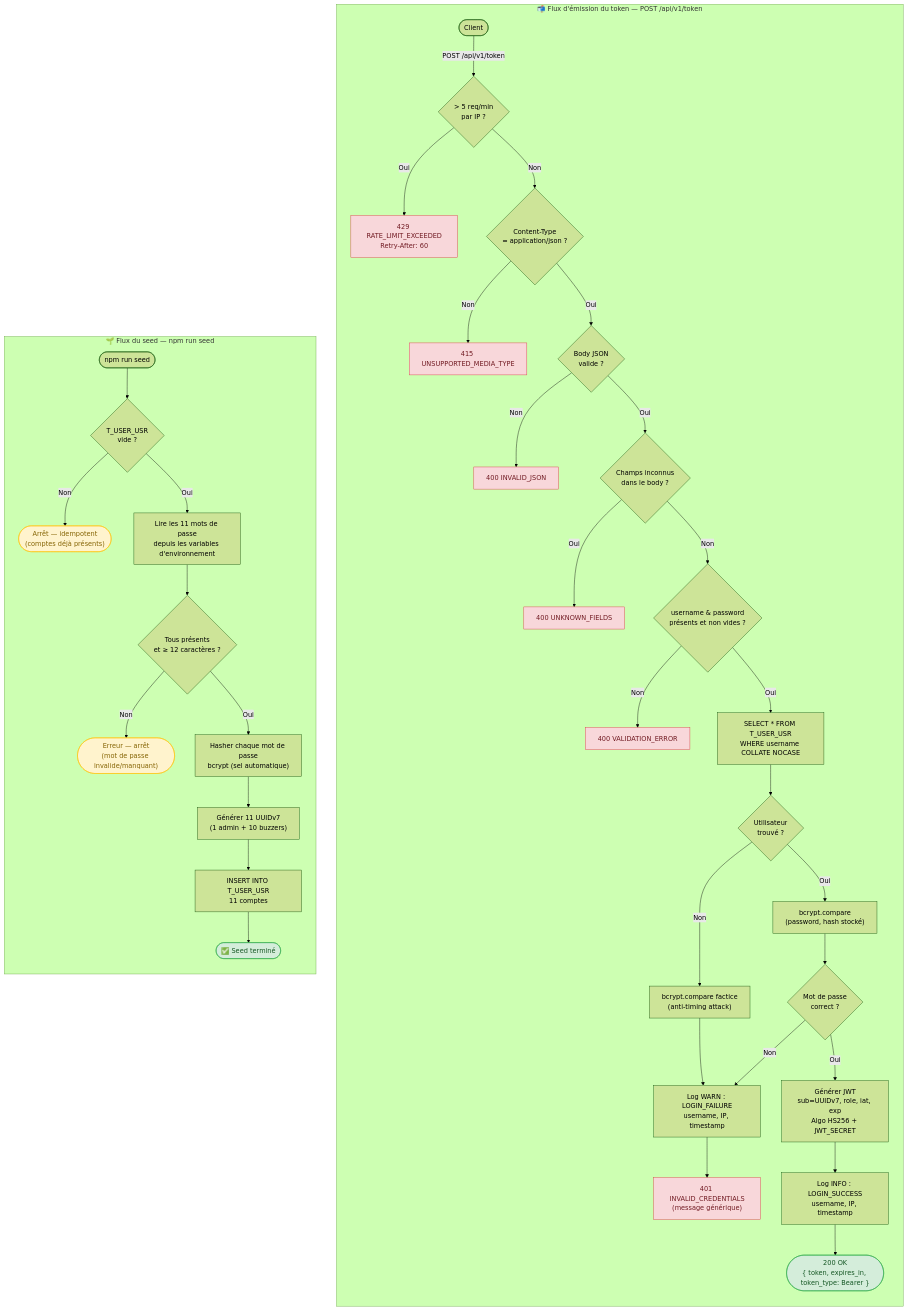
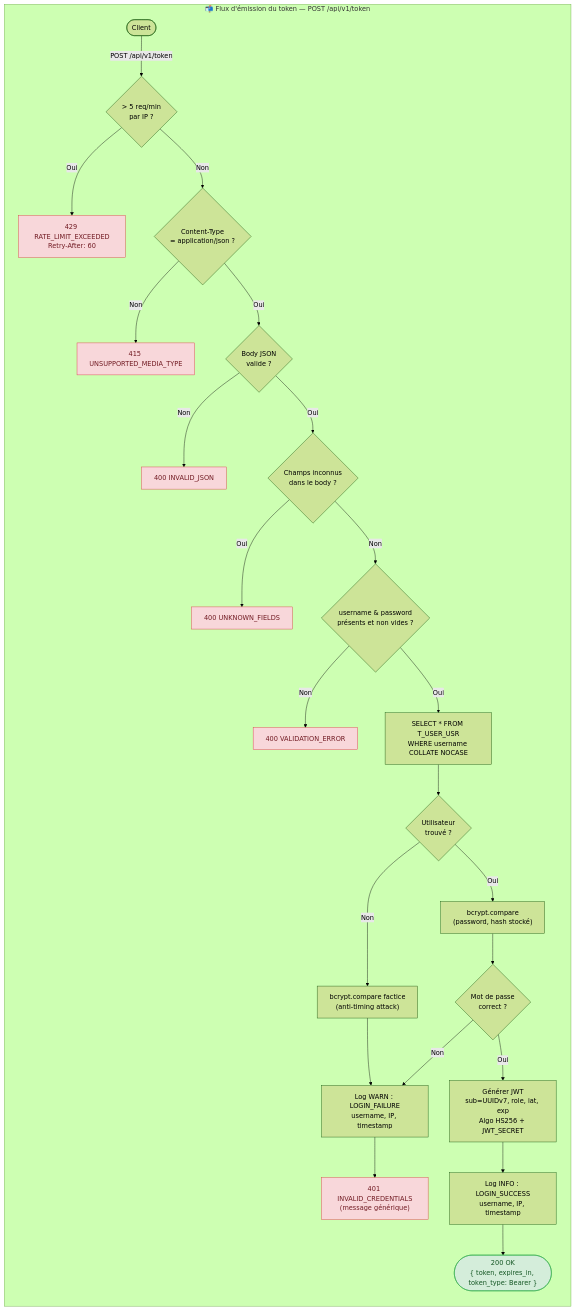
The diagram in diagrams/US-002-authentication-token.mmd (ODehel/quiz-buzzer-docs), drawn with Mermaid before and after one commit. The commit also changed 4 other files, not shown here.

```diff
--- a/diagrams/US-002-authentication-token.mmd
+++ b/diagrams/US-002-authentication-token.mmd
@@ -1,48 +1,32 @@
 %%{init: {"theme": "forest", "flowchart": {"curve": "basis"}}}%%
 flowchart TD
     subgraph TOKEN["📬 Flux d'émission du token — POST /api/v1/token"]
         direction TB
         REQ(["Client"]) -->|"POST /api/v1/token"| RL
         RL{"> 5 req/min\npar IP ?"}
         RL -->|"Oui"| E429["429 RATE_LIMIT_EXCEEDED\nRetry-After: 60"]
         RL -->|"Non"| CT{"Content-Type\n= application/json ?"}
         CT -->|"Non"| E415["415 UNSUPPORTED_MEDIA_TYPE"]
         CT -->|"Oui"| J{"Body JSON\nvalide ?"}
         J -->|"Non"| E400a["400 INVALID_JSON"]
         J -->|"Oui"| UF{"Champs inconnus\ndans le body ?"}
         UF -->|"Oui"| E400b["400 UNKNOWN_FIELDS"]
         UF -->|"Non"| FIELDS{"username & password\nprésents et non vides ?"}
         FIELDS -->|"Non"| E400c["400 VALIDATION_ERROR"]
         FIELDS -->|"Oui"| DB["SELECT * FROM T_USER_USR\nWHERE username COLLATE NOCASE"]
         DB --> UEXIST{"Utilisateur\ntrouvé ?"}
         UEXIST -->|"Non"| FAKE["bcrypt.compare factice\n(anti-timing attack)"]
         FAKE --> LOGFAIL["Log WARN : LOGIN_FAILURE\nusername, IP, timestamp"]
         LOGFAIL --> E401["401 INVALID_CREDENTIALS\n(message générique)"]
         UEXIST -->|"Oui"| BC["bcrypt.compare\n(password, hash stocké)"]
         BC --> MATCH{"Mot de passe\ncorrect ?"}
         MATCH -->|"Non"| LOGFAIL
         MATCH -->|"Oui"| GEN["Générer JWT\nsub=UUIDv7, role, iat, exp\nAlgo HS256 + JWT_SECRET"]
         GEN --> LOGOK["Log INFO : LOGIN_SUCCESS\nusername, IP, timestamp"]
         LOGOK --> OK(["200 OK\n{ token, expires_in, token_type: Bearer }"])
     end
 
-    subgraph SEED["🌱 Flux du seed — npm run seed"]
-        direction TB
-        NS(["npm run seed"]) --> SC{"T_USER_USR\nvide ?"}
-        SC -->|"Non"| SKIP(["Arrêt — idempotent\n(comptes déjà présents)"])
-        SC -->|"Oui"| LOAD["Lire les 11 mots de passe\ndepuis les variables d'environnement"]
-        LOAD --> PWD{"Tous présents\net ≥ 12 caractères ?"}
-        PWD -->|"Non"| PERR(["Erreur — arrêt\n(mot de passe invalide/manquant)"])
-        PWD -->|"Oui"| HASH["Hasher chaque mot de passe\nbcrypt (sel automatique)"]
-        HASH --> UUID["Générer 11 UUIDv7\n(1 admin + 10 buzzers)"]
-        UUID --> INSERT["INSERT INTO T_USER_USR\n11 comptes"]
-        INSERT --> DONE(["✅ Seed terminé"])
-    end
-
     classDef error fill:#f8d7da,stroke:#dc3545,color:#721c24
     classDef success fill:#d4edda,stroke:#28a745,color:#155724
-    classDef info fill:#cce5ff,stroke:#004085,color:#004085
-    classDef warning fill:#fff3cd,stroke:#ffc107,color:#856404
     class E429,E415,E400a,E400b,E400c,E401 error
-    class OK,DONE success
-    class SKIP,PERR warning
+    class OK success
```
